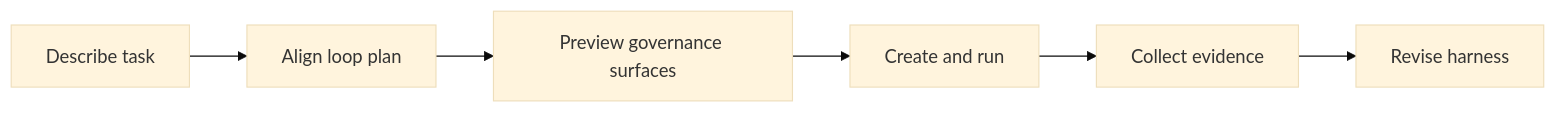
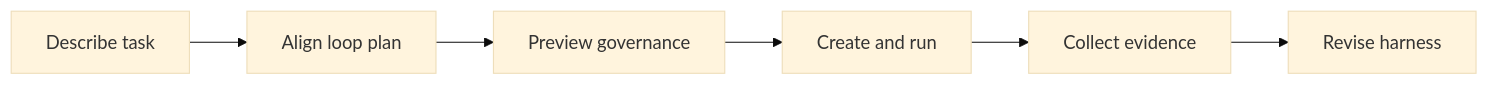
The diagram in README.md (huyusong10/Liminal), drawn with Mermaid (base theme) before and after one commit. The commit also changed other lines of this file and 9 other files, not shown here.

````diff
--- a/README.md
+++ b/README.md
@@ -114,8 +108,8 @@
 ```mermaid
 flowchart LR
     A["Describe task"] --> B["Align loop plan"]
-    B --> C["Preview governance surfaces"]
+    B --> C["Preview governance"]
     C --> D["Create and run"]
     D --> E["Collect evidence"]
     E --> F["Revise harness"]
 ```
````
